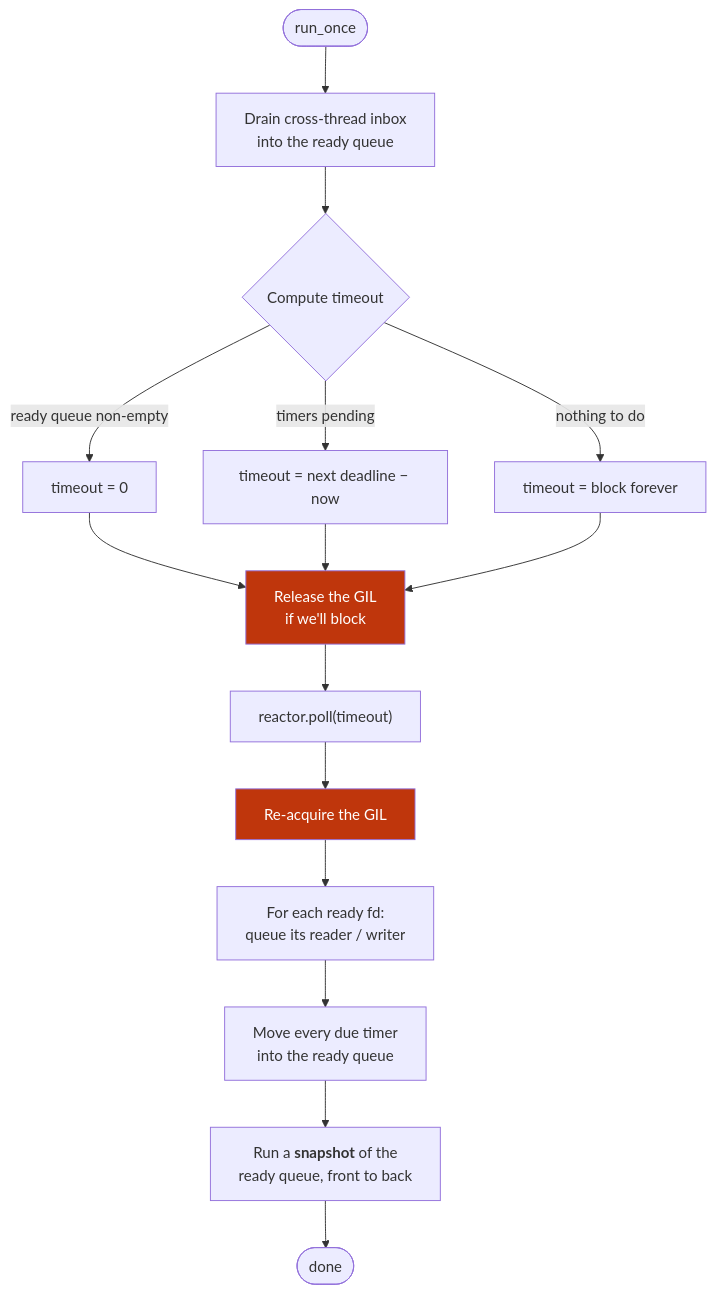
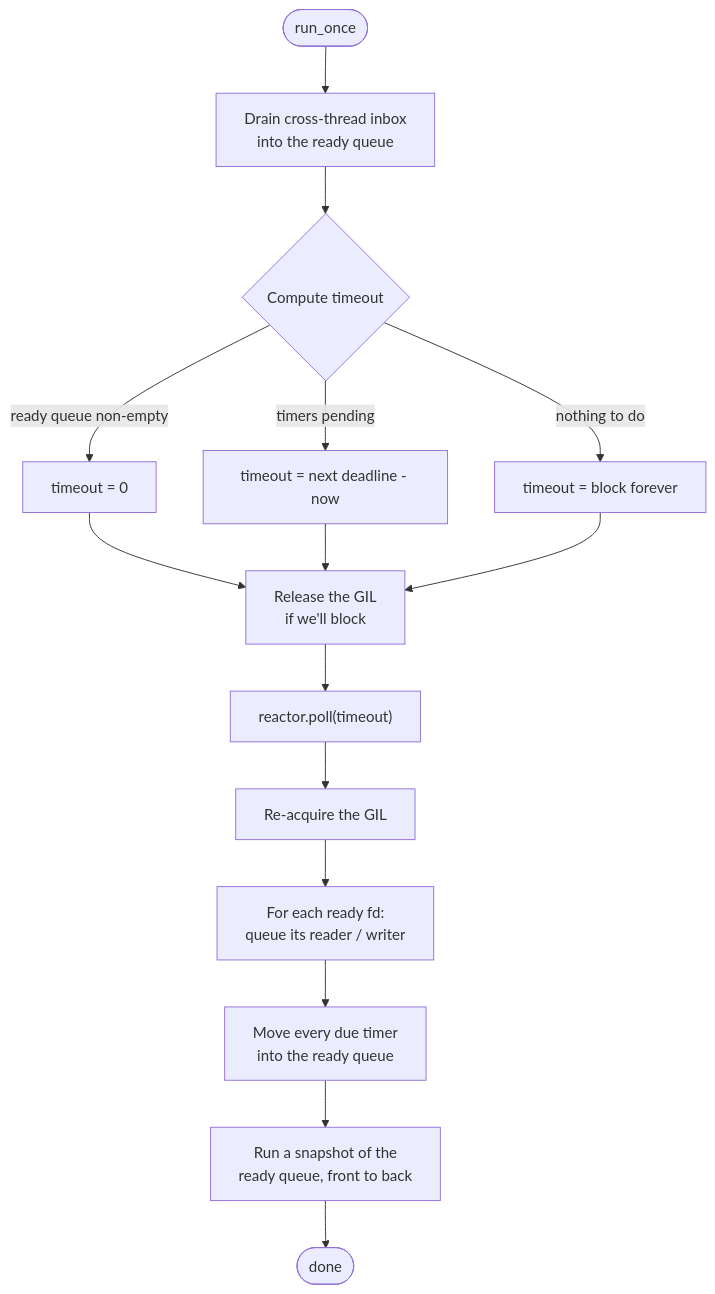
One commit to Kludex/zloop changed the second of 3 diagrams in docs/architecture/the-loop.md. Above: the diagram before and after it, drawn with Mermaid. The commit also changed other lines of this file and 15 other files, not shown here.

First line of the commit message:
Docs: fix mermaid rendering, drop hardcoded fills, em-dashes, update perf

````diff
--- a/docs/architecture/the-loop.md
+++ b/docs/architecture/the-loop.md
@@ -37,19 +36,17 @@
 ```mermaid
 flowchart TD
-    A([run_once]) --> B[Drain cross-thread inbox<br/>into the ready queue]
+    A([run_once]) --> B["Drain cross-thread inbox<br/>into the ready queue"]
     B --> C{Compute timeout}
-    C -->|ready queue non-empty| C0[timeout = 0]
-    C -->|timers pending| C1[timeout = next deadline − now]
-    C -->|nothing to do| C2[timeout = block forever]
+    C -->|ready queue non-empty| C0["timeout = 0"]
+    C -->|timers pending| C1["timeout = next deadline - now"]
+    C -->|nothing to do| C2["timeout = block forever"]
     C0 --> D
     C1 --> D
-    C2 --> D[Release the GIL<br/>if we'll block]
+    C2 --> D["Release the GIL<br/>if we'll block"]
     D --> E["reactor.poll(timeout)"]
-    E --> F[Re-acquire the GIL]
-    F --> G[For each ready fd:<br/>queue its reader / writer]
-    G --> H[Move every due timer<br/>into the ready queue]
-    H --> I[Run a <b>snapshot</b> of the<br/>ready queue, front to back]
+    E --> F["Re-acquire the GIL"]
+    F --> G["For each ready fd:<br/>queue its reader / writer"]
+    G --> H["Move every due timer<br/>into the ready queue"]
+    H --> I["Run a snapshot of the<br/>ready queue, front to back"]
     I --> J([done])
-    style D fill:#bf360c,color:#fff
-    style F fill:#bf360c,color:#fff
 ```
````
